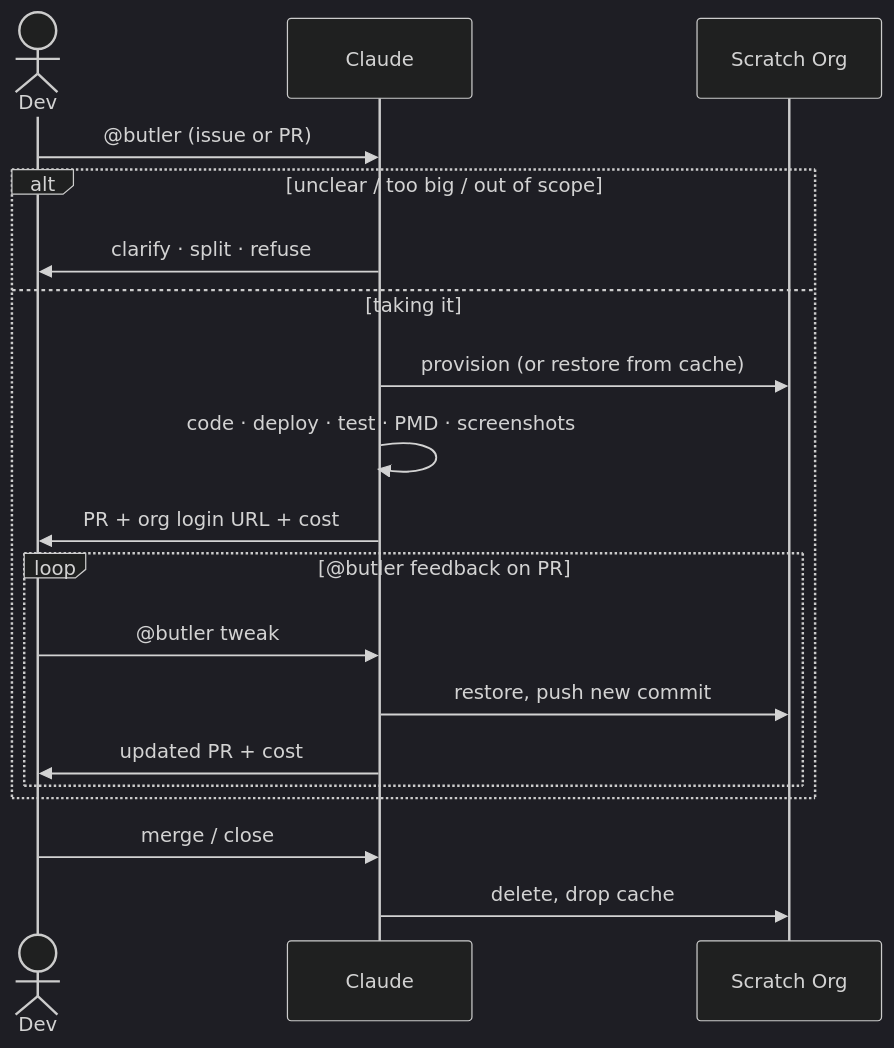
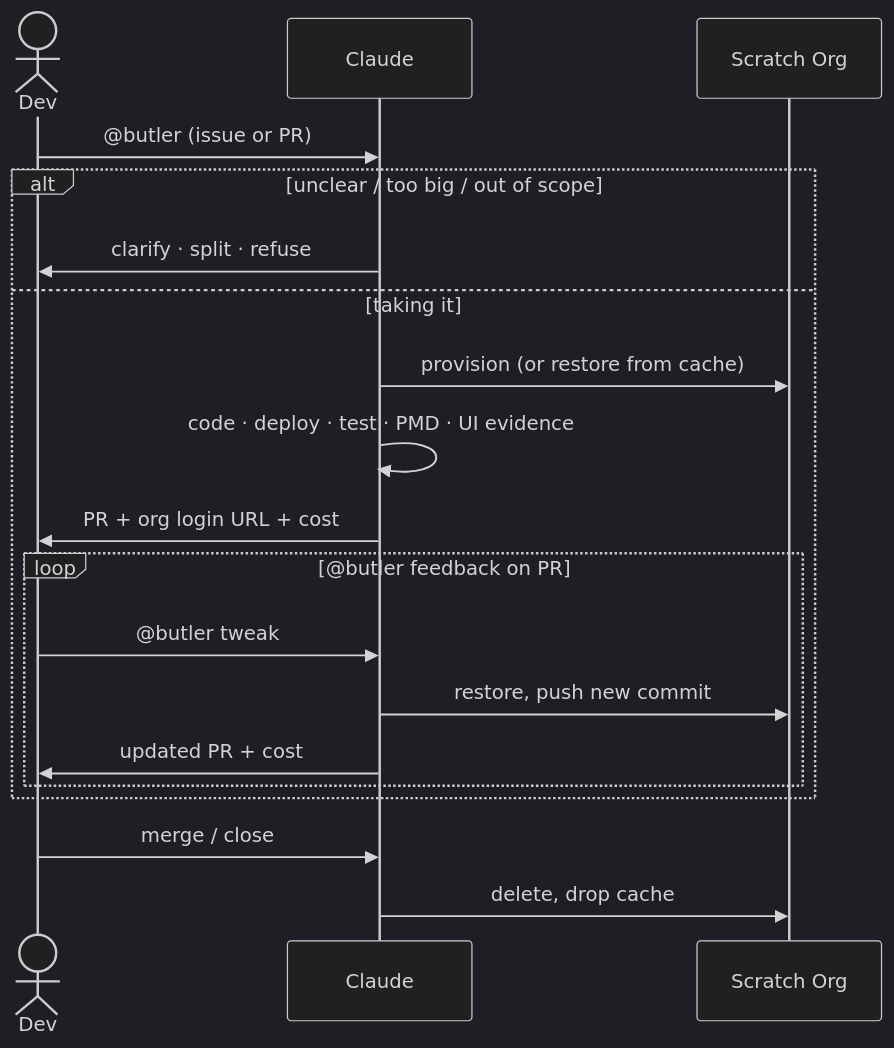
The diagram in README.md (aquivalabs/salesforce-ai-tools), drawn with Mermaid (dark theme) before and after one commit. The commit also changed other lines of this file and 3 other files, not shown here.

````diff
--- a/README.md
+++ b/README.md
@@ -75,22 +75,22 @@
 ```mermaid
 sequenceDiagram
     actor Dev
     participant Claude
     participant Org as Scratch Org
 
     Dev->>Claude: @butler (issue or PR)
     alt unclear / too big / out of scope
         Claude->>Dev: clarify · split · refuse
     else taking it
         Claude->>Org: provision (or restore from cache)
-        Claude->>Claude: code · deploy · test · PMD · screenshots
+        Claude->>Claude: code · deploy · test · PMD · UI evidence
         Claude->>Dev: PR + org login URL + cost
         loop @butler feedback on PR
             Dev->>Claude: @butler tweak
             Claude->>Org: restore, push new commit
             Claude->>Dev: updated PR + cost
         end
     end
     Dev->>Claude: merge / close
     Claude->>Org: delete, drop cache
 ```
````
